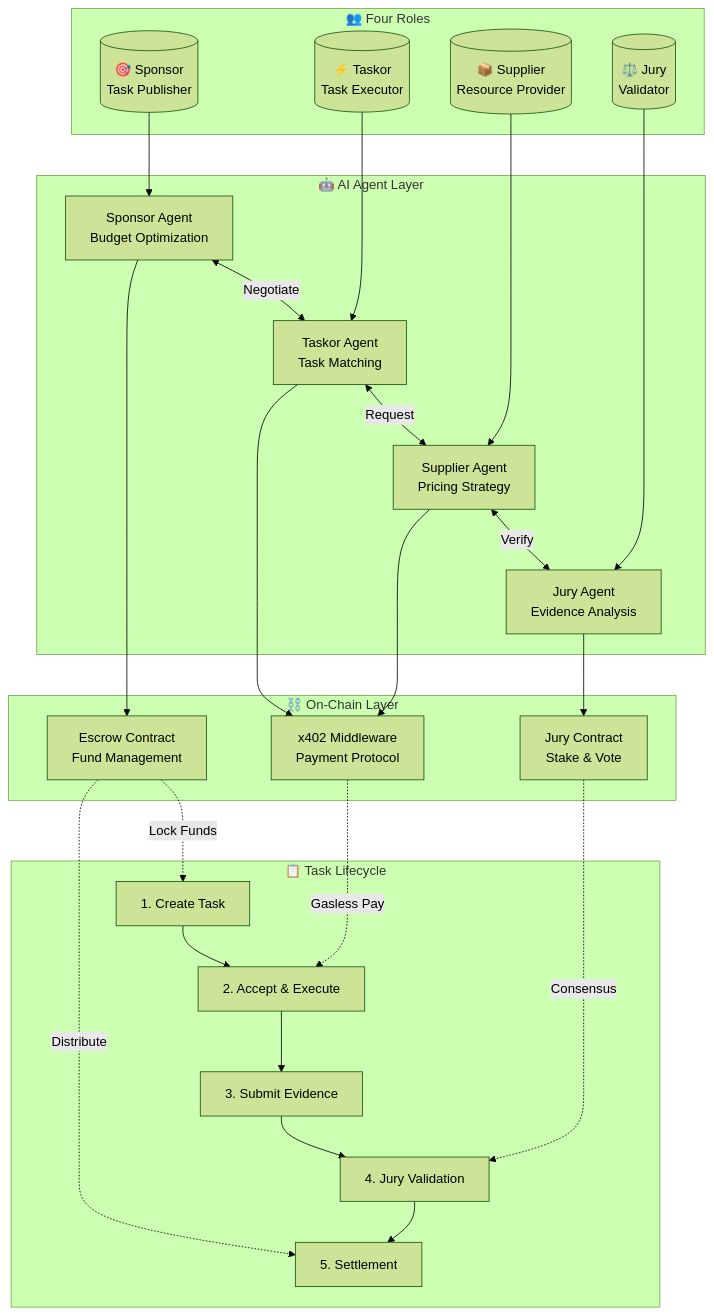
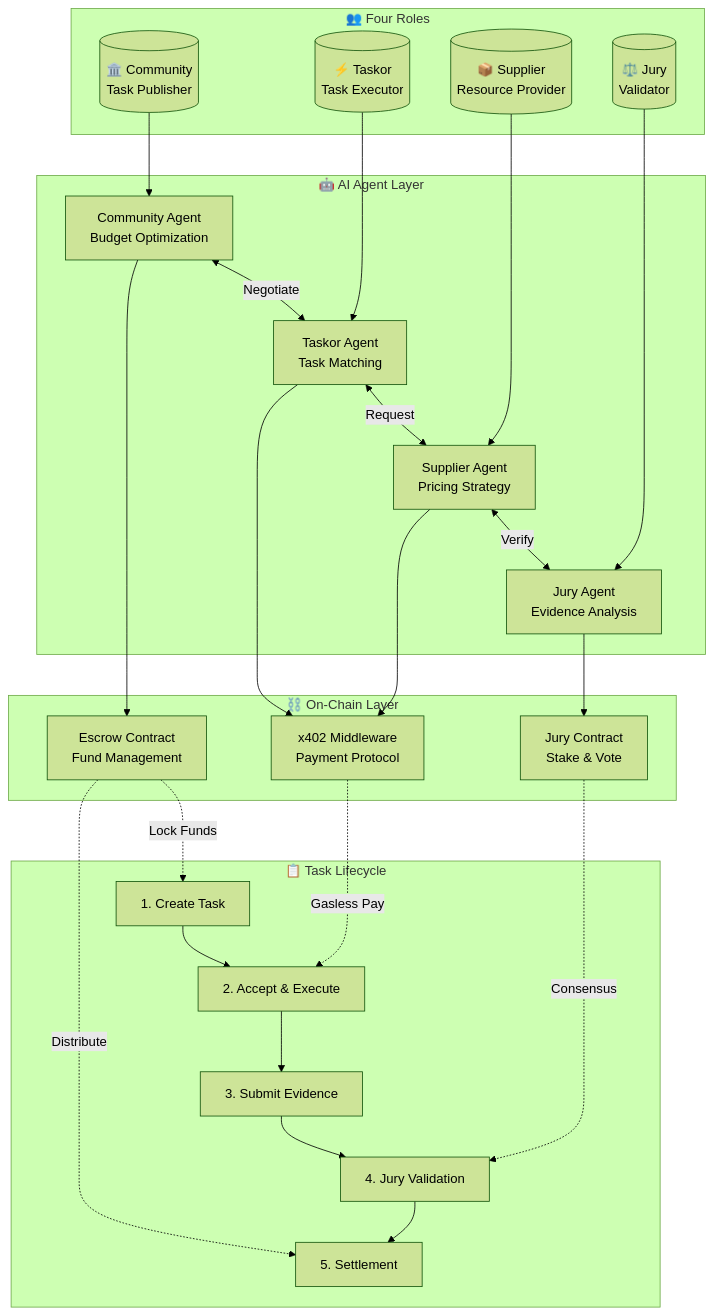
Before and after one commit to MushroomDAO/MyTask: the first of 4 diagrams in README.md, drawn with Mermaid (forest theme). The commit also changed other lines of this file and 20 other files, not shown here.

Commit message:
Rename Sponsor role to Community

````diff
--- a/README.md
+++ b/README.md
@@ -14,50 +14,50 @@
 ```mermaid
 flowchart TB
     subgraph Users["👥 Four Roles"]
-        S[("🎯 Sponsor<br/>Task Publisher")]
+        S[("🏛️ Community<br/>Task Publisher")]
         T[("⚡ Taskor<br/>Task Executor")]
         P[("📦 Supplier<br/>Resource Provider")]
         J[("⚖️ Jury<br/>Validator")]
     end
 
     subgraph Agents["🤖 AI Agent Layer"]
-        SA["Sponsor Agent<br/>Budget Optimization"]
+        SA["Community Agent<br/>Budget Optimization"]
         TA["Taskor Agent<br/>Task Matching"]
         PA["Supplier Agent<br/>Pricing Strategy"]
         JA["Jury Agent<br/>Evidence Analysis"]
     end
 
     subgraph Chain["⛓️ On-Chain Layer"]
         ESC["Escrow Contract<br/>Fund Management"]
         JURY["Jury Contract<br/>Stake & Vote"]
         X402["x402 Middleware<br/>Payment Protocol"]
     end
 
     subgraph Flow["📋 Task Lifecycle"]
         F1["1. Create Task"]
         F2["2. Accept & Execute"]
         F3["3. Submit Evidence"]
         F4["4. Jury Validation"]
         F5["5. Settlement"]
     end
 
     S --> SA
     T --> TA
     P --> PA
     J --> JA
 
     SA <-->|"Negotiate"| TA
     TA <-->|"Request"| PA
     PA <-->|"Verify"| JA
 
     SA --> ESC
     TA --> X402
     PA --> X402
     JA --> JURY
 
     F1 --> F2 --> F3 --> F4 --> F5
     ESC -.->|"Lock Funds"| F1
     X402 -.->|"Gasless Pay"| F2
     JURY -.->|"Consensus"| F4
     ESC -.->|"Distribute"| F5
 ```
````
